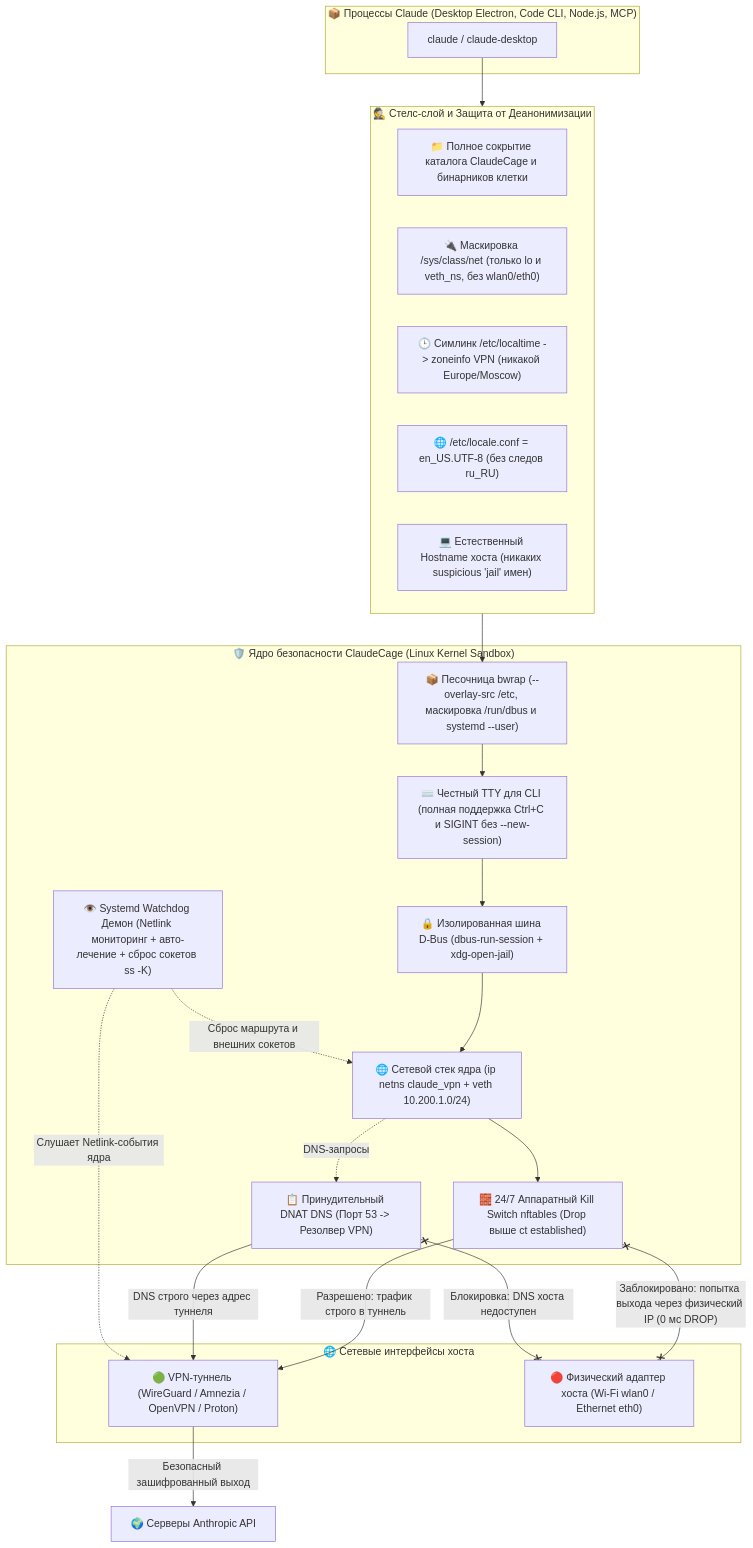
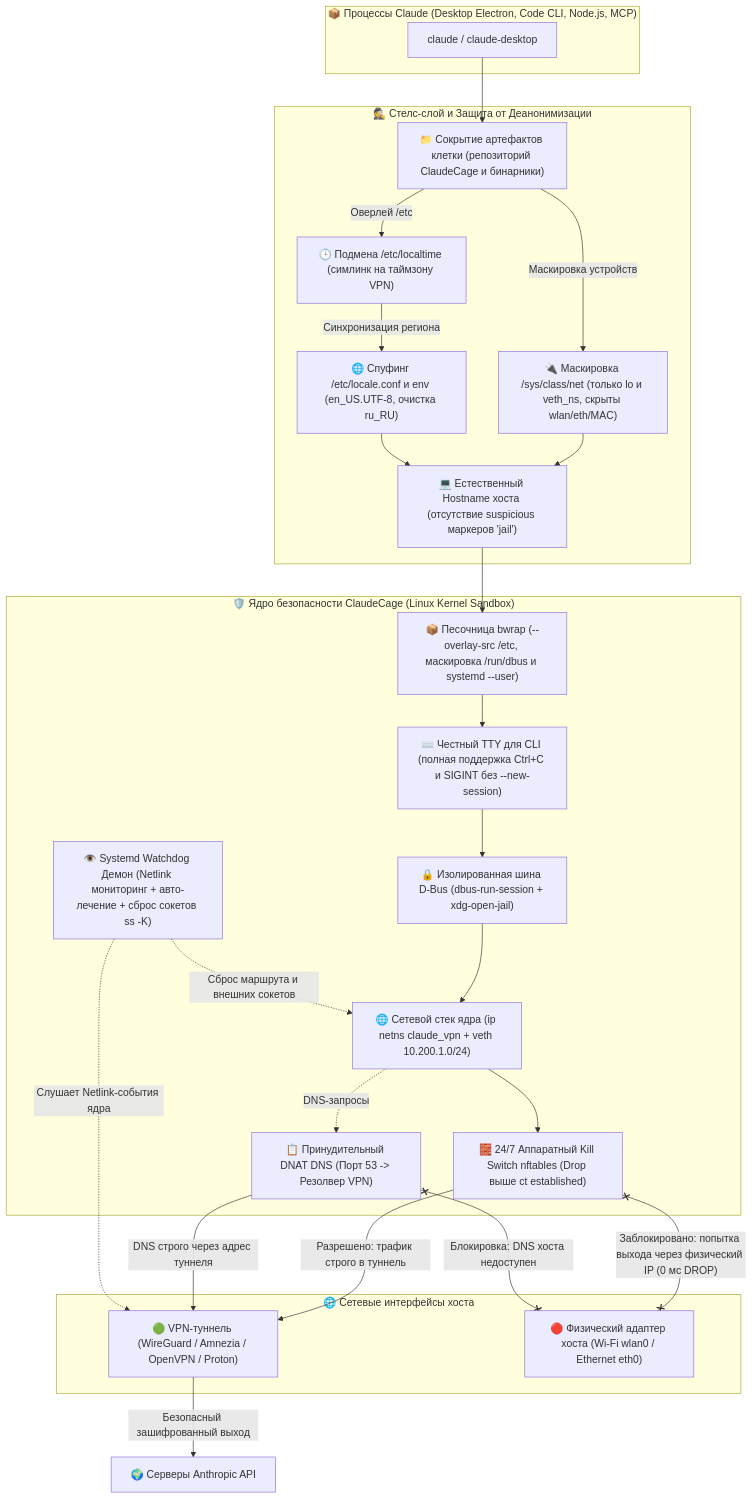
The diagram in README.md (NikitaLozinsky/ClaudeCage_Linux), drawn with Mermaid before and after one commit.

Commit message:
docs(readme): enhance stealth layer flow diagram with logical branching

````diff
--- a/README.md
+++ b/README.md
@@ -17,42 +17,49 @@
 ```mermaid
 flowchart TD
     subgraph App["📦 Процессы Claude (Desktop Electron, Code CLI, Node.js, MCP)"]
         CL["claude / claude-desktop"]
     end
 
     subgraph Stealth["🕵️ Стелс-слой и Защита от Деанонимизации"]
-        HIDE["📁 Полное сокрытие каталога ClaudeCage и бинарников клетки"]
-        NET_HIDE["🔌 Маскировка /sys/class/net (только lo и veth_ns, без wlan0/eth0)"]
-        TZ_SPOOF["🕒 Симлинк /etc/localtime -> zoneinfo VPN (никакой Europe/Moscow)"]
-        LOC_SPOOF["🌐 /etc/locale.conf = en_US.UTF-8 (без следов ru_RU)"]
-        HOST_KEEP["💻 Естественный Hostname хоста (никаких suspicious 'jail' имен)"]
+        HIDE["📁 Сокрытие артефактов клетки (репозиторий ClaudeCage и бинарники)"]
+        NET_HIDE["🔌 Маскировка /sys/class/net (только lo и veth_ns, скрыты wlan/eth/MAC)"]
+        TZ_SPOOF["🕒 Подмена /etc/localtime (симлинк на таймзону VPN)"]
+        LOC_SPOOF["🌐 Спуфинг /etc/locale.conf и env (en_US.UTF-8, очистка ru_RU)"]
+        HOST_KEEP["💻 Естественный Hostname хоста (отсутствие suspicious маркеров 'jail')"]
+
+        HIDE -->|"Маскировка устройств"| NET_HIDE
+        HIDE -->|"Оверлей /etc"| TZ_SPOOF
+        TZ_SPOOF -->|"Синхронизация региона"| LOC_SPOOF
+        NET_HIDE --> HOST_KEEP
+        LOC_SPOOF --> HOST_KEEP
     end
 
     subgraph Defense["🛡️ Ядро безопасности ClaudeCage (Linux Kernel Sandbox)"]
         BWRAP["📦 Песочница bwrap (--overlay-src /etc, маскировка /run/dbus и systemd --user)"]
         TTY_FIX["⌨️ Честный TTY для CLI (полная поддержка Ctrl+C и SIGINT без --new-session)"]
         DBUS["🔒 Изолированная шина D-Bus (dbus-run-session + xdg-open-jail)"]
         NETNS["🌐 Сетевой стек ядра (ip netns claude_vpn + veth 10.200.1.0/24)"]
         NFT["🧱 24/7 Аппаратный Kill Switch nftables (Drop выше ct established)"]
         DNAT["📋 Принудительный DNAT DNS (Порт 53 -> Резолвер VPN)"]
         WD["👁️ Systemd Watchdog Демон (Netlink мониторинг + авто-лечение + сброс сокетов ss -K)"]
     end
 
     subgraph Net["🌐 Сетевые интерфейсы хоста"]
         VPN["🟢 VPN-туннель (WireGuard / Amnezia / OpenVPN / Proton)"]
         ETH["🔴 Физический адаптер хоста (Wi-Fi wlan0 / Ethernet eth0)"]
     end
 
-    CL --> Stealth --> BWRAP --> TTY_FIX --> DBUS --> NETNS --> NFT
+    CL --> HIDE
+    HOST_KEEP --> BWRAP --> TTY_FIX --> DBUS --> NETNS --> NFT
     NETNS -.->|"DNS-запросы"| DNAT
 
     NFT -->|"Разрешено: трафик строго в туннель"| VPN
     NFT x--x|"Заблокировано: попытка выхода через физический IP (0 мс DROP)"| ETH
     DNAT -->|"DNS строго через адрес туннеля"| VPN
     DNAT x--x|"Блокировка: DNS хоста недоступен"| ETH
 
     WD -.->|"Слушает Netlink-события ядра"| VPN
     WD -.->|"Сброс маршрута и внешних сокетов"| NETNS
 
     VPN -->|"Безопасный зашифрованный выход"| Internet["🌍 Серверы Anthropic API"]
 ```
````
